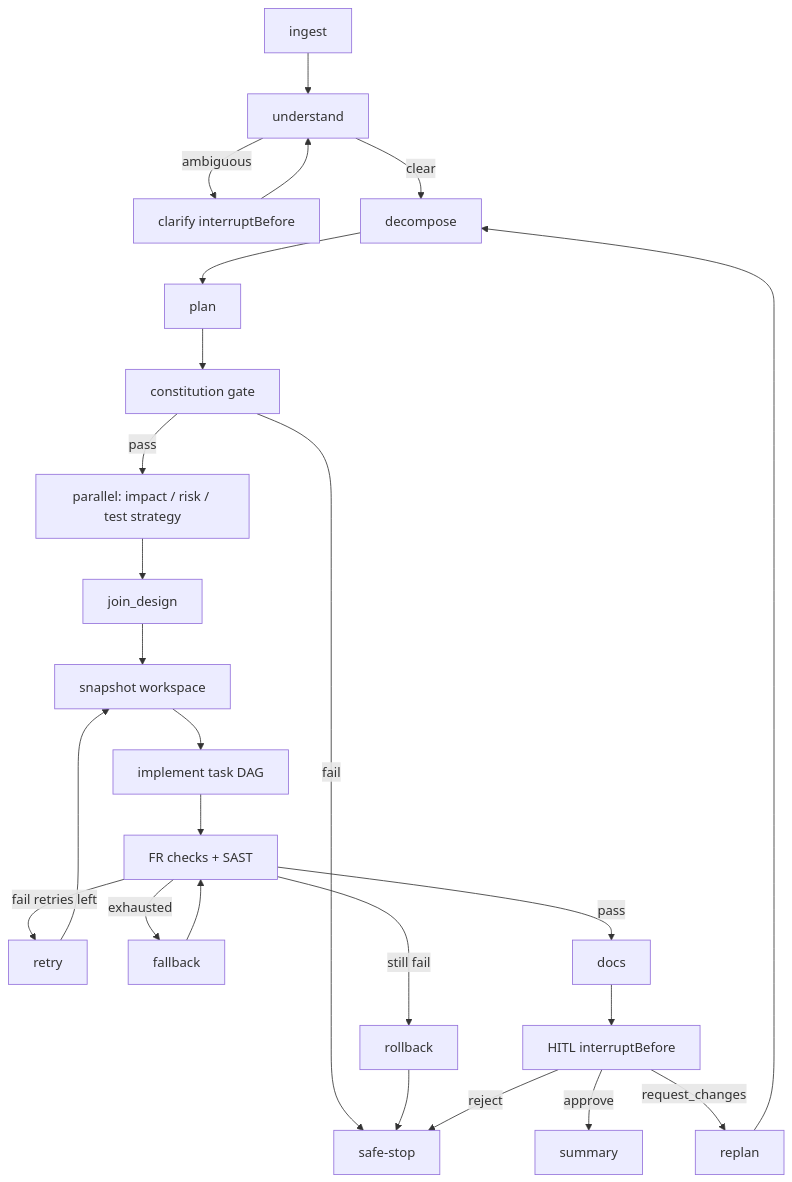
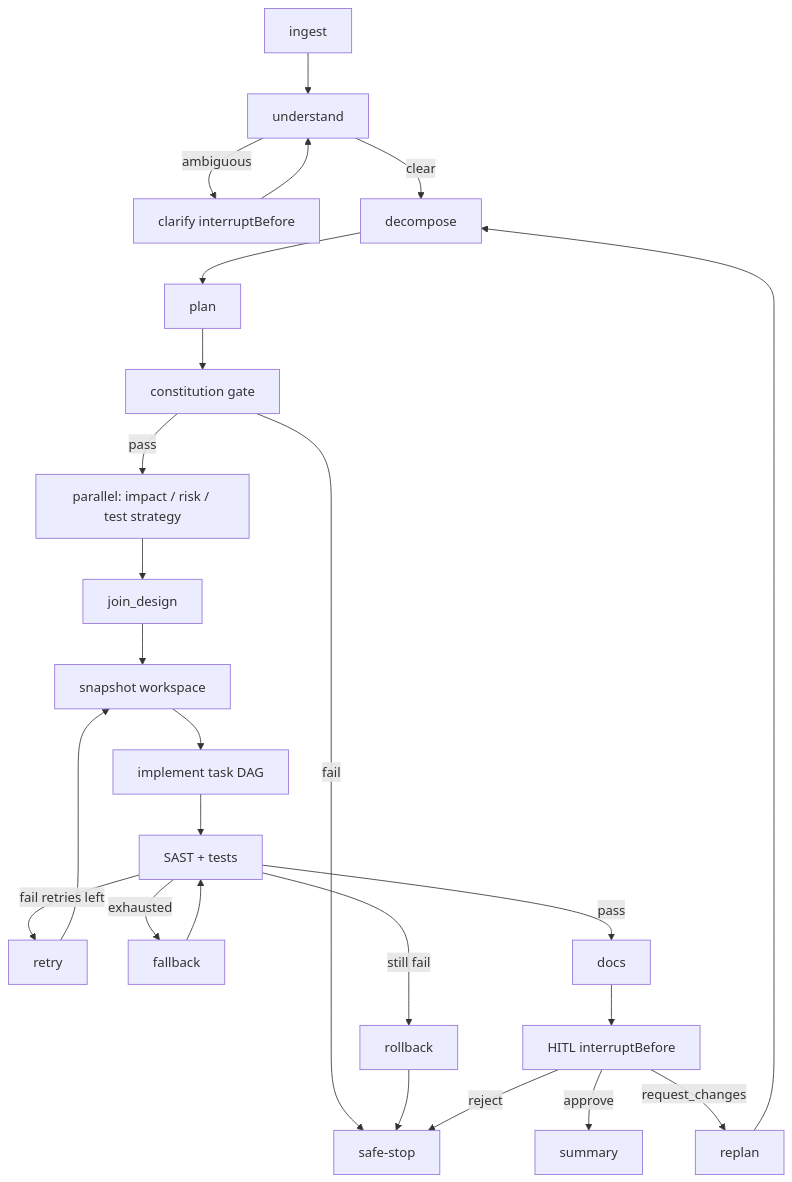
Before and after one commit to nagendradarla/langgraph4j-url-shortener: the diagram in docs/architecture.md, drawn with Mermaid. The commit also changed other lines of this file and 34 other files, not shown here.

````diff
--- a/docs/architecture.md
+++ b/docs/architecture.md
@@ -5,21 +7,21 @@
 ```mermaid
 flowchart TD
   ingest --> understand
   understand -->|ambiguous| clarify[clarify interruptBefore]
   clarify --> understand
   understand -->|clear| decompose
   decompose --> plan --> constGate[constitution gate]
   constGate -->|fail| stop[safe-stop]
   constGate -->|pass| fanout[parallel: impact / risk / test strategy]
   fanout --> join[join_design]
   join --> seed[snapshot workspace]
   seed --> impl[implement task DAG]
-  impl --> validate[FR checks + SAST]
+  impl --> validate[SAST + tests]
   validate -->|fail retries left| retry --> seed
   validate -->|exhausted| fallback --> validate
   validate -->|still fail| rollback --> stop
   validate -->|pass| docs --> hitl[HITL interruptBefore]
   hitl -->|approve| summary
   hitl -->|request_changes| replan --> decompose
   hitl -->|reject| stop
 ```
````
